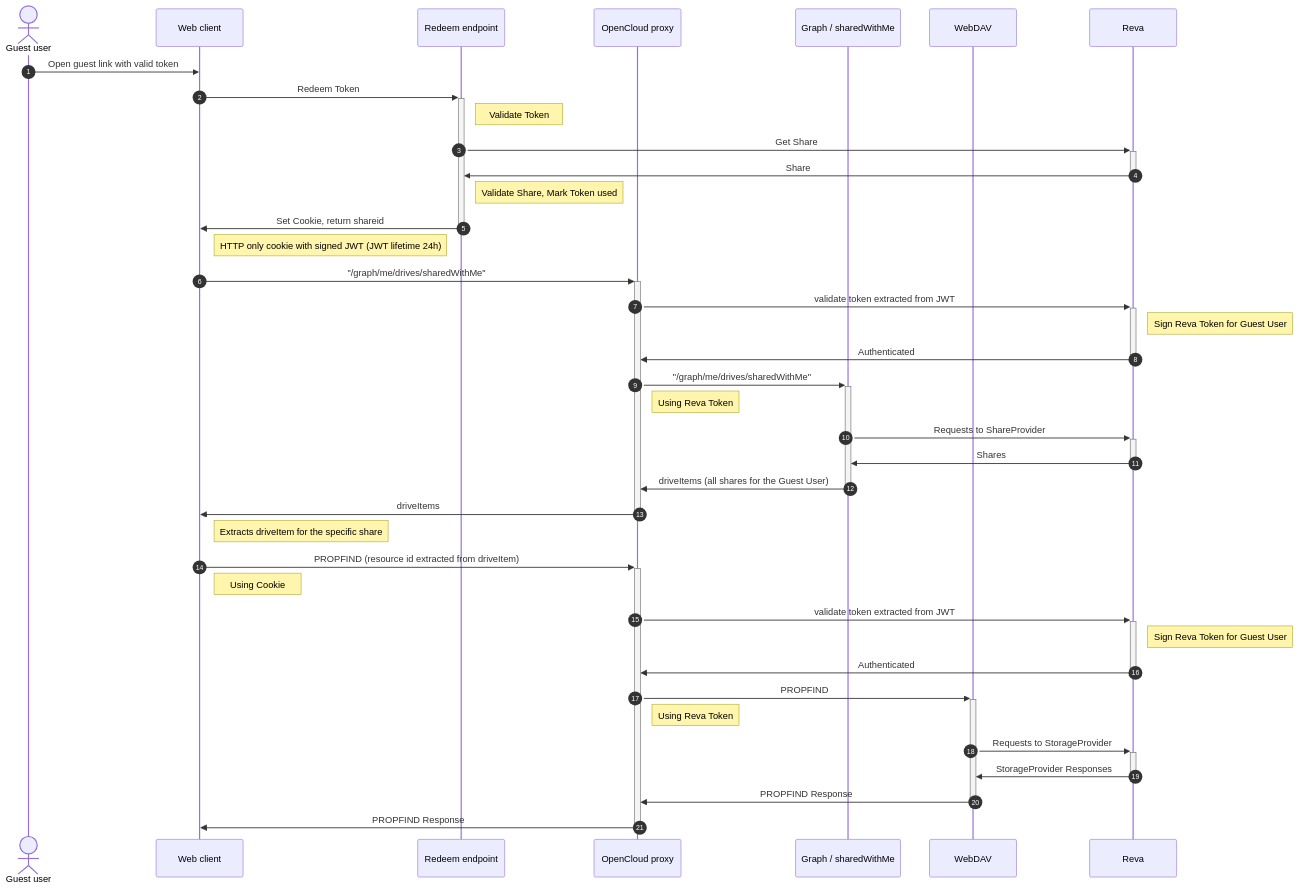
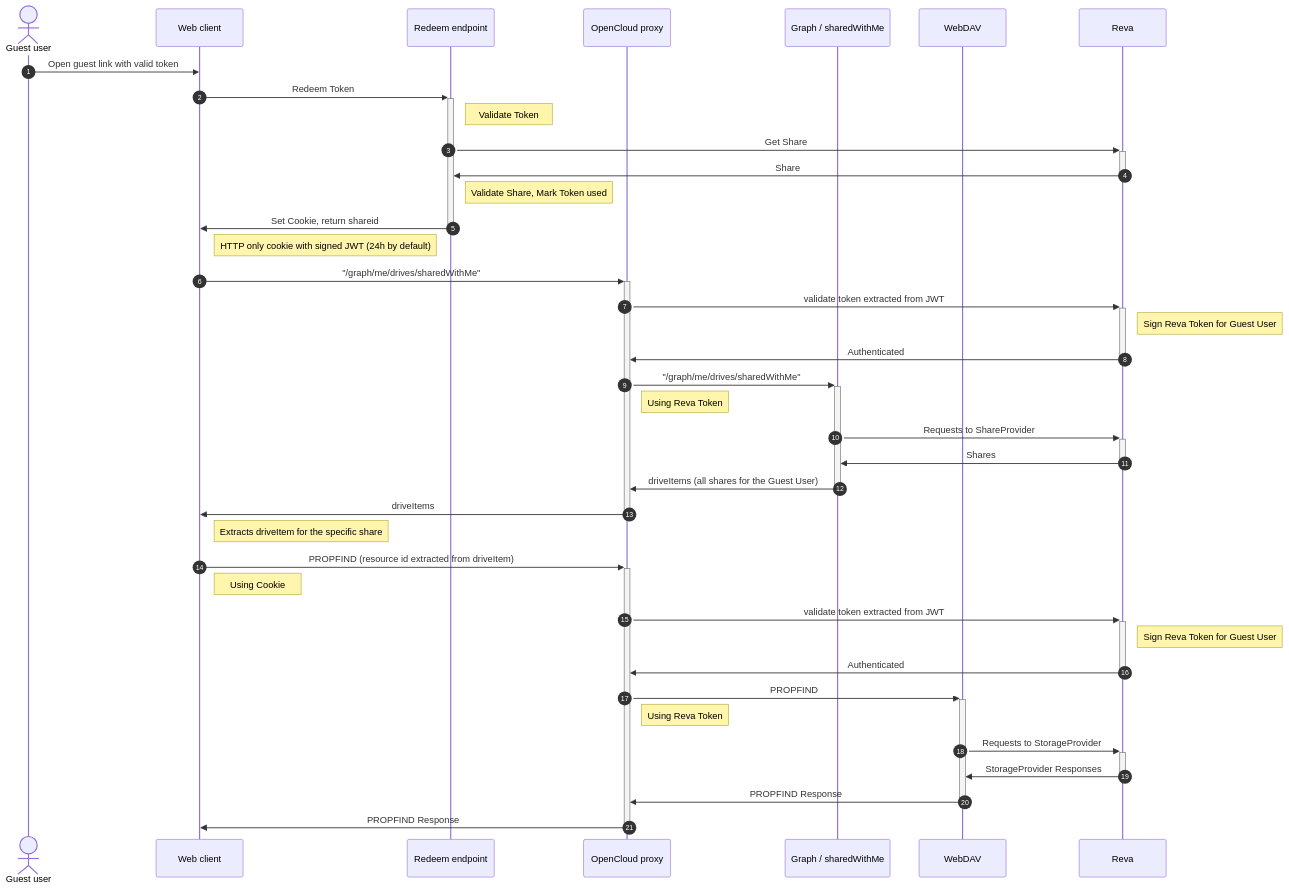
The first of 2 diagrams in services/auth-guest/README.md (rhafer/opencloud), drawn with Mermaid before and after one commit. The commit also changed other lines of this file, not shown here.

````diff
--- a/services/auth-guest/README.md
+++ b/services/auth-guest/README.md
@@ -33,42 +31,42 @@
 ```mermaid
 sequenceDiagram
     autonumber
     actor User as Guest user
     participant Web as Web client
     participant Redeem as Redeem endpoint
     participant Proxy as OpenCloud proxy
     participant Graph as Graph / sharedWithMe
     participant DAV as WebDAV
     participant Reva as Reva
 
     User->>Web: Open guest link with valid token
     Web->>+Redeem: Redeem Token
     Note right of Redeem: Validate Token
     Redeem->>+Reva: Get Share
     Reva->>-Redeem: Share
     Note right of Redeem: Validate Share, Mark Token used
     Redeem->>-Web: Set Cookie, return shareid
-    Note right of Web: HTTP only cookie with signed JWT (JWT lifetime 24h)
+    Note right of Web: HTTP only cookie with signed JWT (24h by default)
     Web->>+Proxy: "/graph/me/drives/sharedWithMe"
     Proxy->>+Reva: validate token extracted from JWT
     Note right of Reva: Sign Reva Token for Guest User
     Reva->>-Proxy: Authenticated
     Proxy->>+Graph: "/graph/me/drives/sharedWithMe"
     Note right of Proxy: Using Reva Token
     Graph->>+Reva: Requests to ShareProvider
     Reva->>-Graph: Shares
     Graph->>-Proxy: driveItems (all shares for the Guest User)
     Proxy->>-Web: driveItems
     Note right of Web: Extracts driveItem for the specific share
     Web->>+Proxy: PROPFIND (resource id extracted from driveItem)
     Note right of Web: Using Cookie
     Proxy->>+Reva: validate token extracted from JWT
     Note right of Reva: Sign Reva Token for Guest User
     Reva->>-Proxy: Authenticated
     Proxy->>+DAV: PROPFIND
     Note right of Proxy: Using Reva Token
     DAV->>+Reva: Requests to StorageProvider
     Reva->>-DAV: StorageProvider Responses
     DAV->>-Proxy: PROPFIND Response
     Proxy->>-Web: PROPFIND Response
 ```
````
